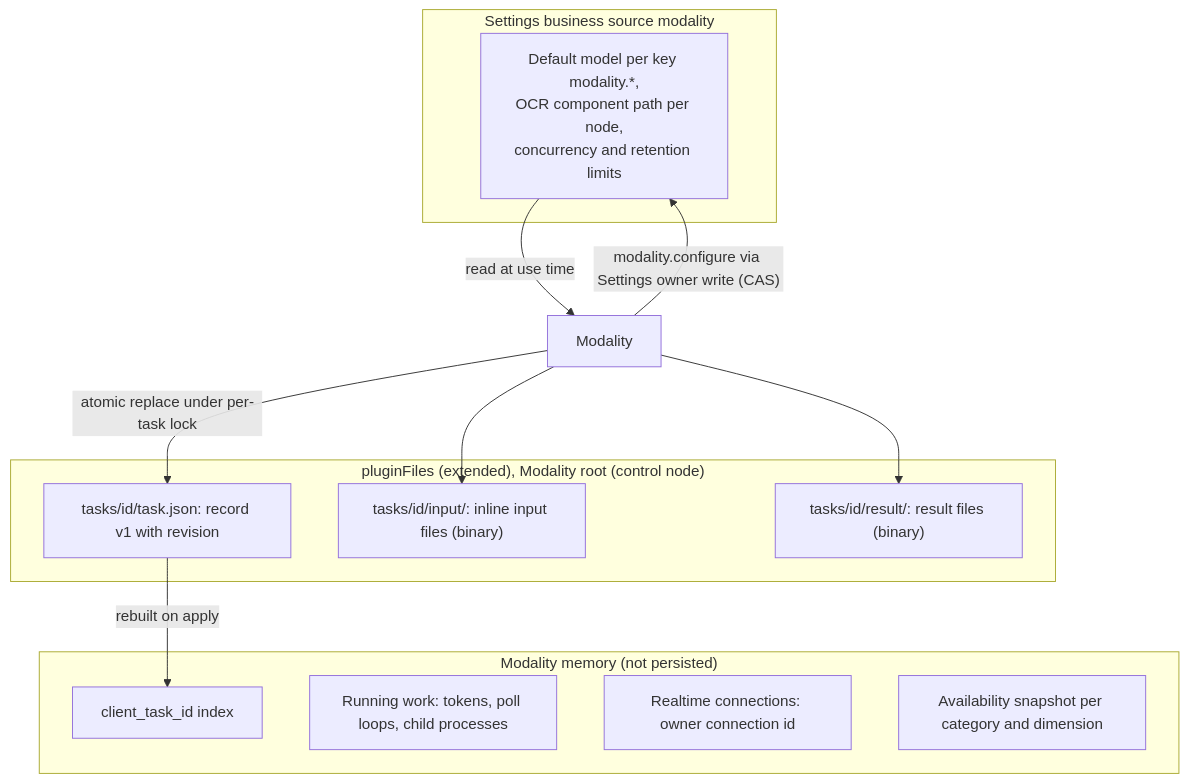
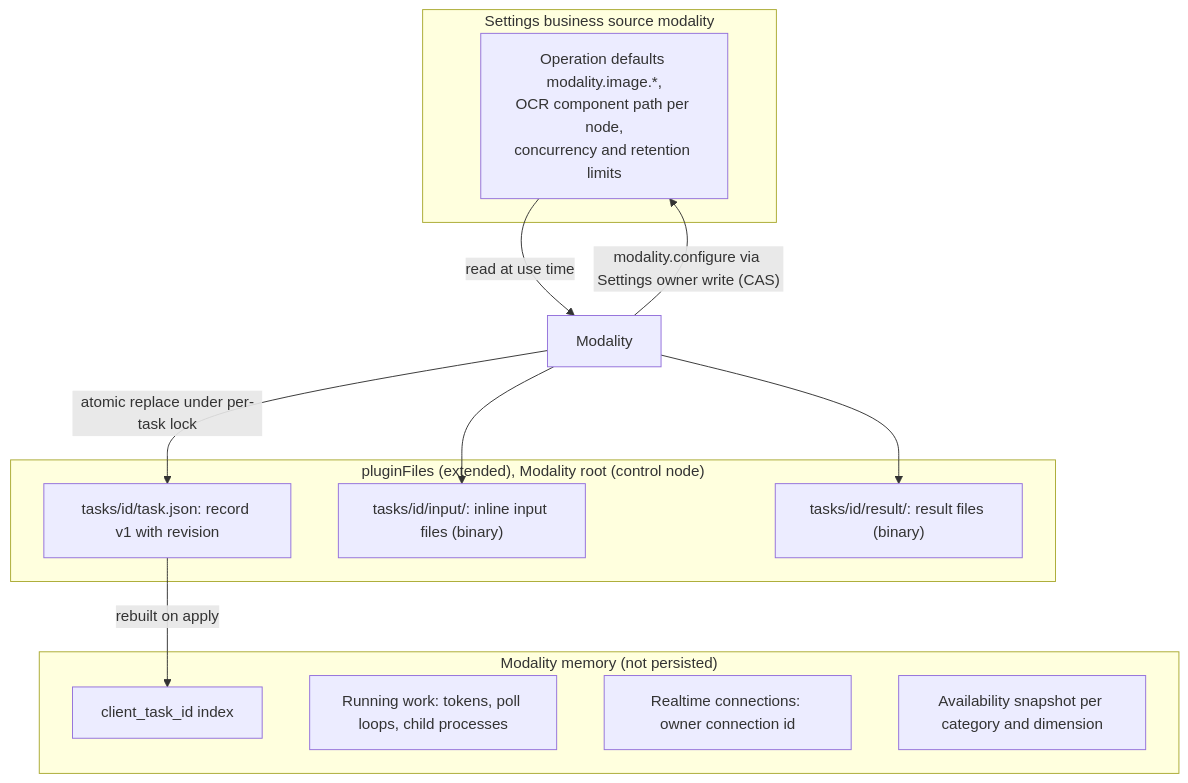
One commit to CoutinhoTTS/dim-agent changed the second of 6 diagrams in docs/design/plugins/Modality.md. Above: the diagram before and after it, drawn with Mermaid. The commit also changed other lines of this file and 1 other file, not shown here.

First line of the commit message:
docs(modality): resolve Web defaults through the owner (#737)

````diff
--- a/docs/design/plugins/Modality.md
+++ b/docs/design/plugins/Modality.md
@@ -51,23 +51,23 @@
 ```mermaid
 flowchart TB
   subgraph PS["pluginFiles (extended), Modality root (control node)"]
     Rec["tasks/id/task.json: record v1 with revision"]
     In["tasks/id/input/: inline input files (binary)"]
     Res["tasks/id/result/: result files (binary)"]
   end
   subgraph SET["Settings business source modality"]
-    Cfg["Default model per key modality.*,<br/>OCR component path per node,<br/>concurrency and retention limits"]
+    Cfg["Operation defaults modality.image.*,<br/>OCR component path per node,<br/>concurrency and retention limits"]
   end
   subgraph MEM["Modality memory (not persisted)"]
     Idx["client_task_id index"]
     Run["Running work: tokens, poll loops, child processes"]
     RT["Realtime connections: owner connection id"]
     Av["Availability snapshot per category and dimension"]
   end
   Mod["Modality"] -->|"atomic replace under per-task lock"| Rec
   Mod --> In
   Mod --> Res
   Mod -->|"modality.configure via Settings owner write (CAS)"| Cfg
   Rec -->|"rebuilt on apply"| Idx
   Cfg -->|"read at use time"| Mod
 ```
````
